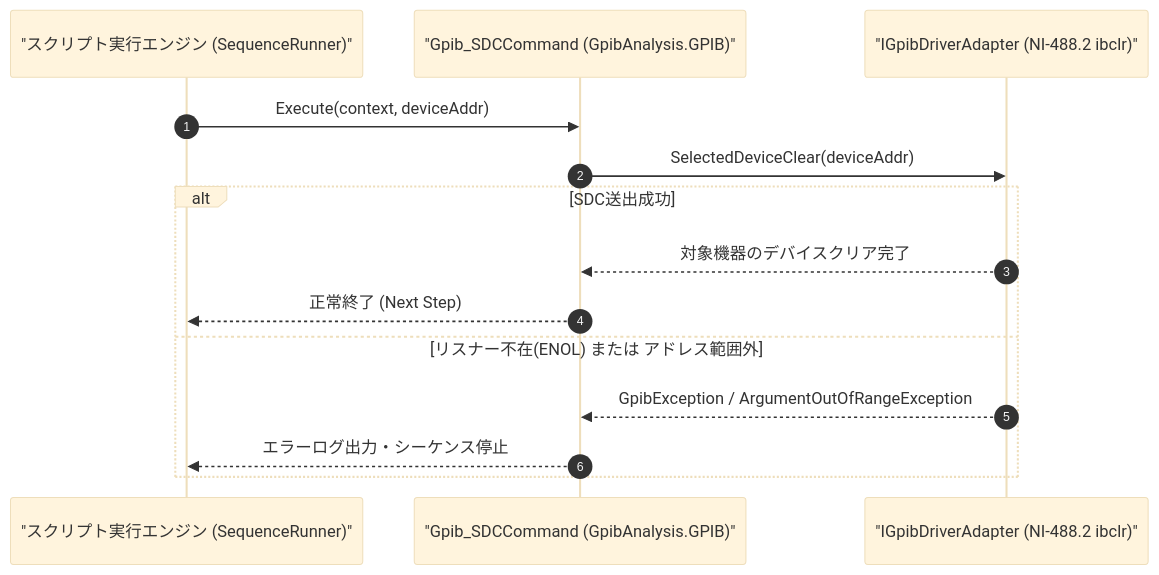
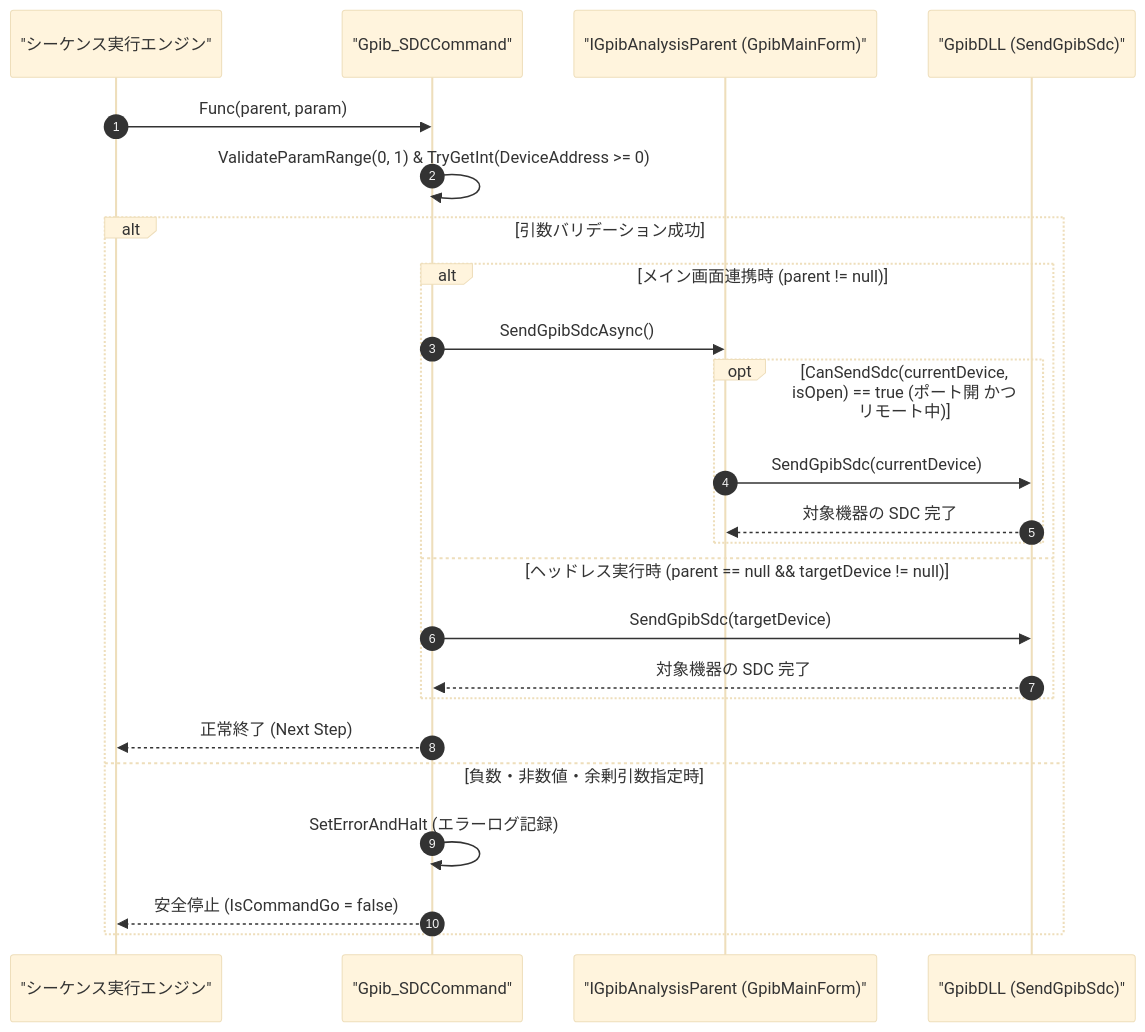
One commit to Monaca-App/GpibAddIn changed the diagram in Manual/GPIB/Gpib_SDC.Md. Above: the diagram before and after it, drawn with Mermaid (base theme). The commit also changed other lines of this file and 32 other files, not shown here.

````diff
--- a/Manual/GPIB/Gpib_SDC.Md
+++ b/Manual/GPIB/Gpib_SDC.Md
@@ -64,17 +66,27 @@
 ```mermaid
 sequenceDiagram
     autonumber
-    participant Script as "スクリプト実行エンジン (SequenceRunner)"
-    participant Cmd as "Gpib_SDCCommand (GpibAnalysis.GPIB)"
-    participant Drv as "IGpibDriverAdapter (NI-488.2 ibclr)"
+    participant Script as "シーケンス実行エンジン"
+    participant Cmd as "Gpib_SDCCommand"
+    participant Parent as "IGpibAnalysisParent (GpibMainForm)"
+    participant Dll as "GpibDLL (SendGpibSdc)"
 
-    Script->>Cmd: Execute(context, deviceAddr)
-    Cmd->>Drv: SelectedDeviceClear(deviceAddr)
-    alt SDC送出成功
-        Drv-->>Cmd: 対象機器のデバイスクリア完了
+    Script->>Cmd: Func(parent, param)
+    Cmd->>Cmd: ValidateParamRange(0, 1) & TryGetInt(DeviceAddress >= 0)
+    alt 引数バリデーション成功
+        alt メイン画面連携時 (parent != null)
+            Cmd->>Parent: SendGpibSdcAsync()
+            opt CanSendSdc(currentDevice, isOpen) == true (ポート開 かつ リモート中)
+                Parent->>Dll: SendGpibSdc(currentDevice)
+                Dll-->>Parent: 対象機器の SDC 完了
+            end
+        else ヘッドレス実行時 (parent == null && targetDevice != null)
+            Cmd->>Dll: SendGpibSdc(targetDevice)
+            Dll-->>Cmd: 対象機器の SDC 完了
+        end
         Cmd-->>Script: 正常終了 (Next Step)
-    else リスナー不在(ENOL) または アドレス範囲外
-        Drv-->>Cmd: GpibException / ArgumentOutOfRangeException
-        Cmd-->>Script: エラーログ出力・シーケンス停止
+    else 負数・非数値・余剰引数指定時
+        Cmd->>Cmd: SetErrorAndHalt (エラーログ記録)
+        Cmd-->>Script: 安全停止 (IsCommandGo = false)
     end
 ```
````
